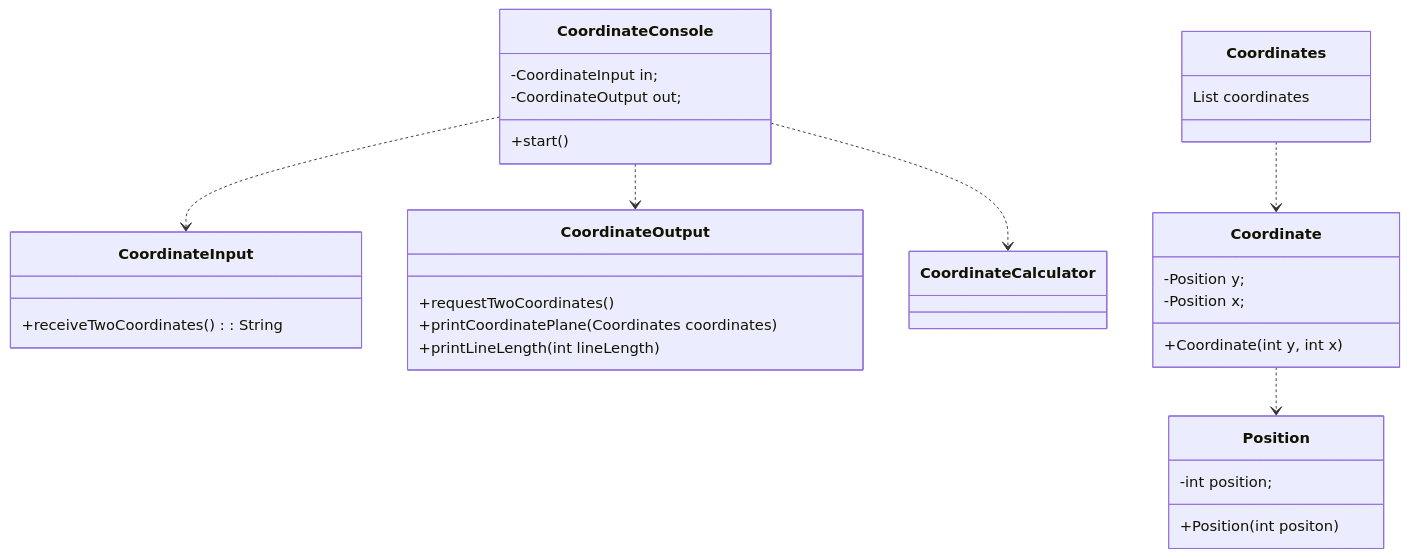
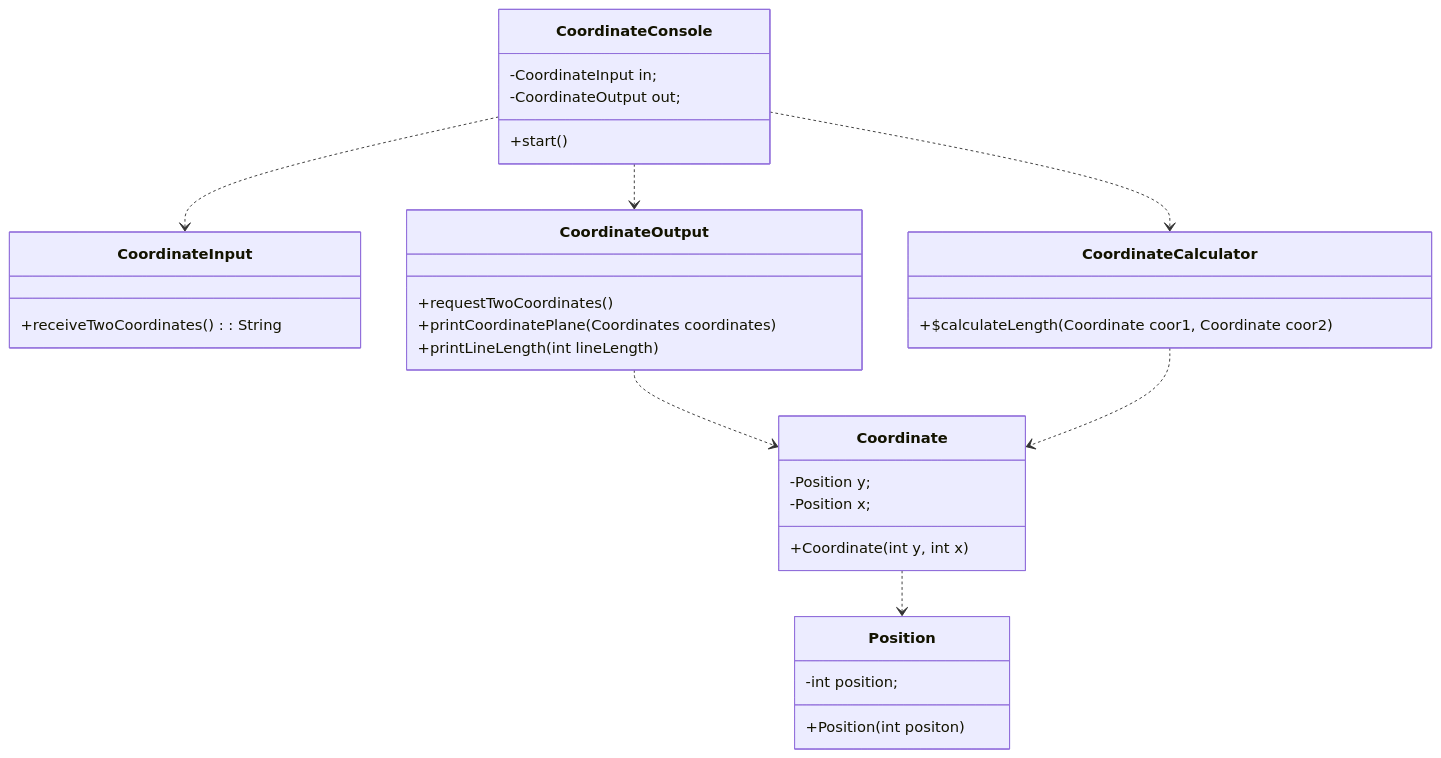
Before and after one commit to next-step/java-coordinate-playground: the diagram in README.md, drawn with Mermaid. The commit also changed other lines of this file and 4 other files, not shown here.

````diff
--- a/README.md
+++ b/README.md
@@ -4,41 +4,42 @@
 ```mermaid
 classDiagram
     class CoordinateConsole {
         -CoordinateInput in;
         -CoordinateOutput out;
 
         +start()
     }
 
     CoordinateConsole ..> CoordinateInput
     class CoordinateInput {
         +receiveTwoCoordinates(): String
     }
 
     CoordinateConsole ..> CoordinateOutput
     class CoordinateOutput {
         +requestTwoCoordinates()
         +printCoordinatePlane(Coordinates coordinates)
         +printLineLength(int lineLength)
     }
 
     CoordinateConsole ..> CoordinateCalculator
-    class Coordinates {
-        List coordinates
+    class CoordinateCalculator {
+        +$calculateLength(Coordinate coor1, Coordinate coor2)
     }
 
-    Coordinates ..> Coordinate
+    CoordinateOutput ..> Coordinate
+    CoordinateCalculator ..> Coordinate
     class Coordinate {
         -Position y;
         -Position x;
 
         +Coordinate(int y, int x)
     }
 
     Coordinate ..> Position
     class Position {
         -int position;
         
         +Position(int positon)
     }
 ```
````
